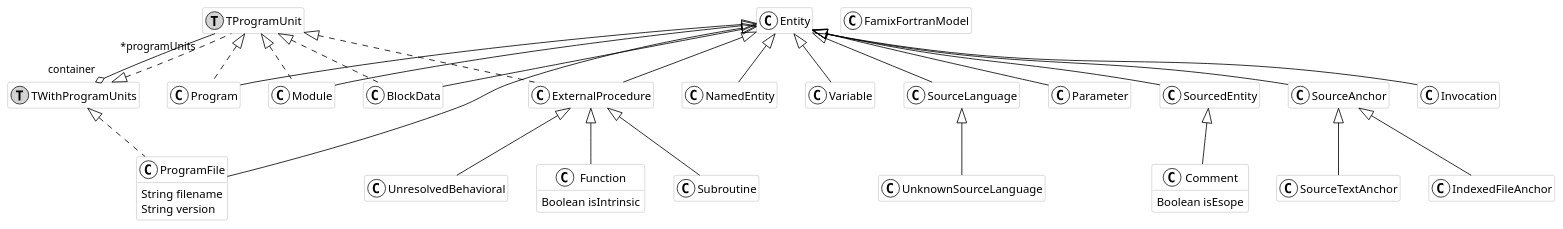
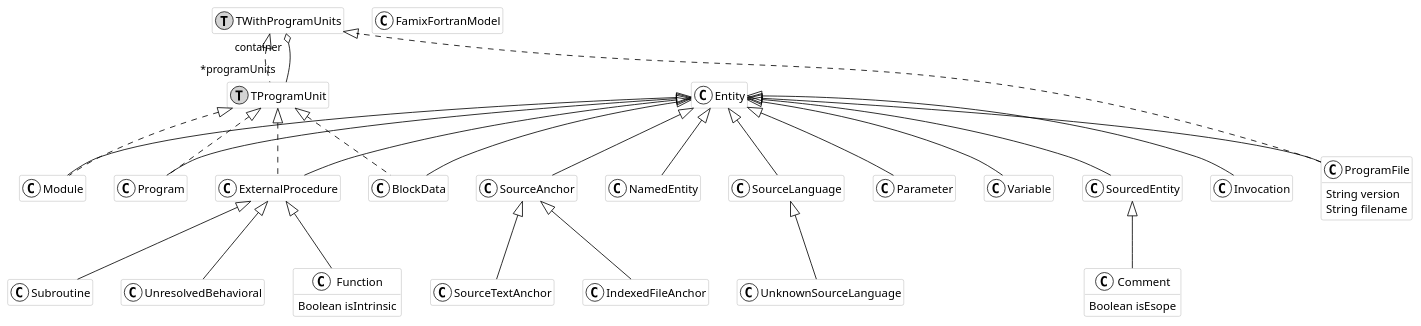
One commit to uNouss/FamixFortranUML changed the diagram in src/famixMetamodelUML.puml. Above: the diagram before and after it, drawn with PlantUML. The commit also changed other lines of this file, not shown here.

```diff
--- a/src/famixMetamodelUML.puml
+++ b/src/famixMetamodelUML.puml
@@ -1,92 +1,92 @@
 @startuml
 hide empty members
 skinparam class {
   BackgroundColor white
   ArrowColor black
   BorderColor darkGray
   BackgroundColor<<External>> LightYellow
   BorderColor<<External>> LightGray
 }
 
-class Program << (C,white) >> #FFFFFF {
+class ProgramFile << (C,white) >> #FFFFFF {
+  String version
+  String filename
 }
 class TWithProgramUnits << (T,lightGrey) >> #FFFFFF {
-}
-class UnknownSourceLanguage << (C,white) >> #FFFFFF {
-}
-class Function << (C,white) >> #FFFFFF {
-  Boolean isIntrinsic
-}
-class Invocation << (C,white) >> #FFFFFF {
-}
-class Subroutine << (C,white) >> #FFFFFF {
-}
-class ProgramFile << (C,white) >> #FFFFFF {
-  String filename
-  String version
-}
-class NamedEntity << (C,white) >> #FFFFFF {
-}
-class Module << (C,white) >> #FFFFFF {
-}
-class Variable << (C,white) >> #FFFFFF {
 }
 class BlockData << (C,white) >> #FFFFFF {
 }
 class UnresolvedBehavioral << (C,white) >> #FFFFFF {
 }
-class IndexedFileAnchor << (C,white) >> #FFFFFF {
+class SourcedEntity << (C,white) >> #FFFFFF {
 }
-class SourceLanguage << (C,white) >> #FFFFFF {
+class Function << (C,white) >> #FFFFFF {
+  Boolean isIntrinsic
 }
-class ExternalProcedure << (C,white) >> #FFFFFF {
-}
-class SourcedEntity << (C,white) >> #FFFFFF {
+class Entity << (C,white) >> #FFFFFF {
 }
 class Comment << (C,white) >> #FFFFFF {
   Boolean isEsope
 }
-class TProgramUnit << (T,lightGrey) >> #FFFFFF {
-}
-class Parameter << (C,white) >> #FFFFFF {
-}
-class Entity << (C,white) >> #FFFFFF {
+class Invocation << (C,white) >> #FFFFFF {
 }
 class SourceAnchor << (C,white) >> #FFFFFF {
 }
 class SourceTextAnchor << (C,white) >> #FFFFFF {
 }
+class ExternalProcedure << (C,white) >> #FFFFFF {
+}
+class Subroutine << (C,white) >> #FFFFFF {
+}
+class NamedEntity << (C,white) >> #FFFFFF {
+}
+class SourceLanguage << (C,white) >> #FFFFFF {
+}
+class UnknownSourceLanguage << (C,white) >> #FFFFFF {
+}
+class Parameter << (C,white) >> #FFFFFF {
+}
+class Variable << (C,white) >> #FFFFFF {
+}
+class Module << (C,white) >> #FFFFFF {
+}
+class Program << (C,white) >> #FFFFFF {
+}
 class FamixFortranModel << (C,white) >> #FFFFFF {
 }
+class TProgramUnit << (T,lightGrey) >> #FFFFFF {
+}
+class IndexedFileAnchor << (C,white) >> #FFFFFF {
+}
 
-Entity <|-- Program
-TProgramUnit <|.. Program
-SourceLanguage <|-- UnknownSourceLanguage
-ExternalProcedure <|-- Function
-Entity <|-- Invocation
-ExternalProcedure <|-- Subroutine
 Entity <|-- ProgramFile
 TWithProgramUnits <|.. ProgramFile
-Entity <|-- NamedEntity
-Entity <|-- Module
-TProgramUnit <|.. Module
-Entity <|-- Variable
 Entity <|-- BlockData
 TProgramUnit <|.. BlockData
 ExternalProcedure <|-- UnresolvedBehavioral
-SourceAnchor <|-- IndexedFileAnchor
-Entity <|-- SourceLanguage
+Entity <|-- SourcedEntity
+ExternalProcedure <|-- Function
+SourcedEntity <|-- Comment
+Entity <|-- Invocation
+Entity <|-- SourceAnchor
+SourceAnchor <|-- SourceTextAnchor
 Entity <|-- ExternalProcedure
 TProgramUnit <|.. ExternalProcedure
-Entity <|-- SourcedEntity
-SourcedEntity <|-- Comment
+ExternalProcedure <|-- Subroutine
+Entity <|-- NamedEntity
+Entity <|-- SourceLanguage
+SourceLanguage <|-- UnknownSourceLanguage
+Entity <|-- Parameter
+Entity <|-- Variable
+Entity <|-- Module
+TProgramUnit <|.. Module
+Entity <|-- Program
+TProgramUnit <|.. Program
 TWithProgramUnits <|.. TProgramUnit
-Entity <|-- Parameter
-Entity <|-- SourceAnchor
-SourceAnchor <|-- SourceTextAnchor
+SourceAnchor <|-- IndexedFileAnchor
 
 TProgramUnit " *programUnits" --o "container" TWithProgramUnits
 
 
 
 @enduml
```
